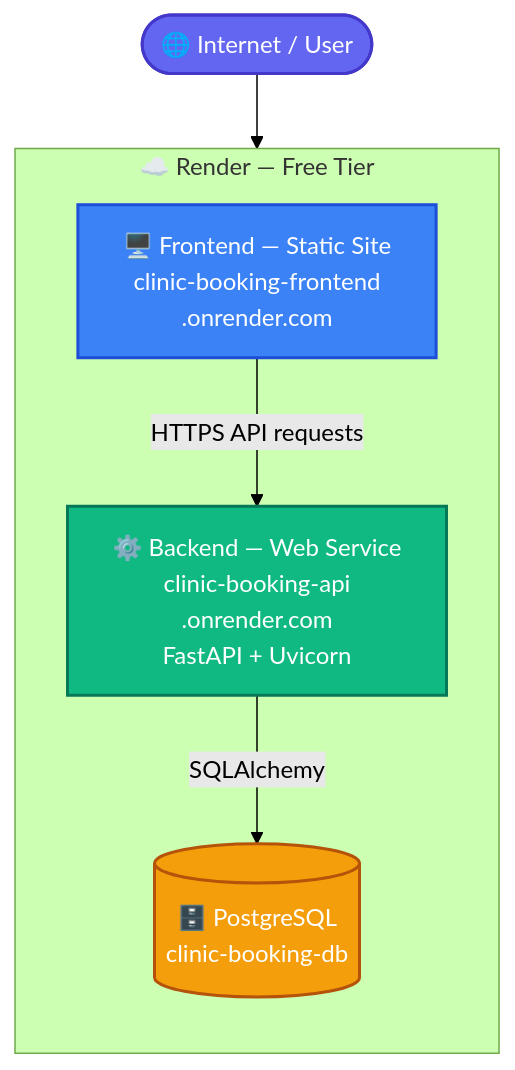
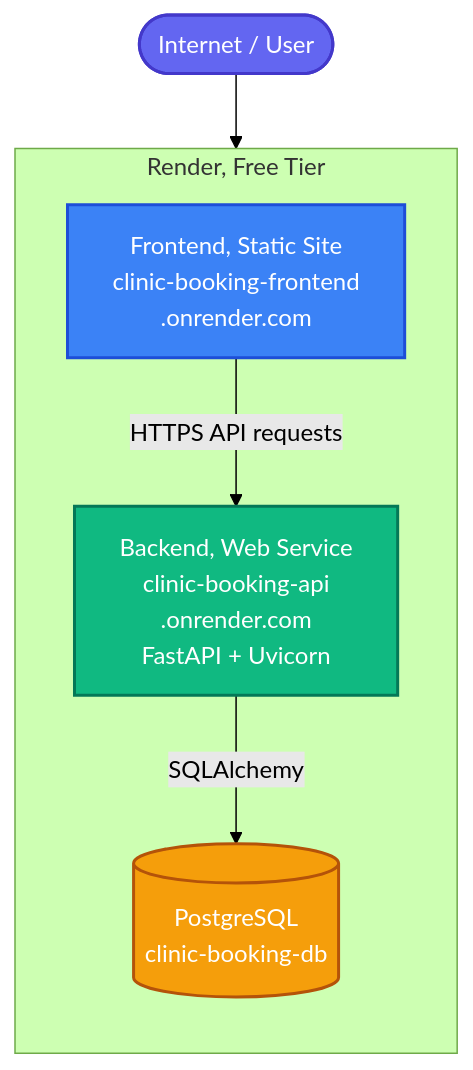
Before and after one commit to cypriankanda/clinic-booking-system: the first of 3 diagrams in README.md, drawn with Mermaid (forest theme). The commit also changed other lines of this file, not shown here.

````diff
--- a/README.md
+++ b/README.md
@@ -44,24 +44,24 @@
 ```mermaid
 flowchart TD
-    U(["🌐 Internet / User"]) --> FE
+    U(["Internet / User"]) --> FE
 
-    subgraph Render["☁️ Render — Free Tier"]
+    subgraph Render["Render, Free Tier"]
         direction TB
-        FE["🖥️ Frontend — Static Site<br/>clinic-booking-frontend<br/>.onrender.com"]
-        API["⚙️ Backend — Web Service<br/>clinic-booking-api<br/>.onrender.com<br/>FastAPI + Uvicorn"]
-        DB[("🗄️ PostgreSQL<br/>clinic-booking-db")]
+        FE["Frontend, Static Site<br/>clinic-booking-frontend<br/>.onrender.com"]
+        API["Backend, Web Service<br/>clinic-booking-api<br/>.onrender.com<br/>FastAPI + Uvicorn"]
+        DB[("PostgreSQL<br/>clinic-booking-db")]
 
         FE -- "HTTPS API requests" --> API
         API -- "SQLAlchemy" --> DB
     end
 
     classDef internetStyle fill:#6366f1,stroke:#4338ca,color:#fff,stroke-width:2px
     classDef frontendStyle fill:#3b82f6,stroke:#1d4ed8,color:#fff,stroke-width:2px
     classDef backendStyle fill:#10b981,stroke:#047857,color:#fff,stroke-width:2px
     classDef dbStyle fill:#f59e0b,stroke:#b45309,color:#fff,stroke-width:2px
 
     class U internetStyle
     class FE frontendStyle
     class API backendStyle
     class DB dbStyle
 ```
````
